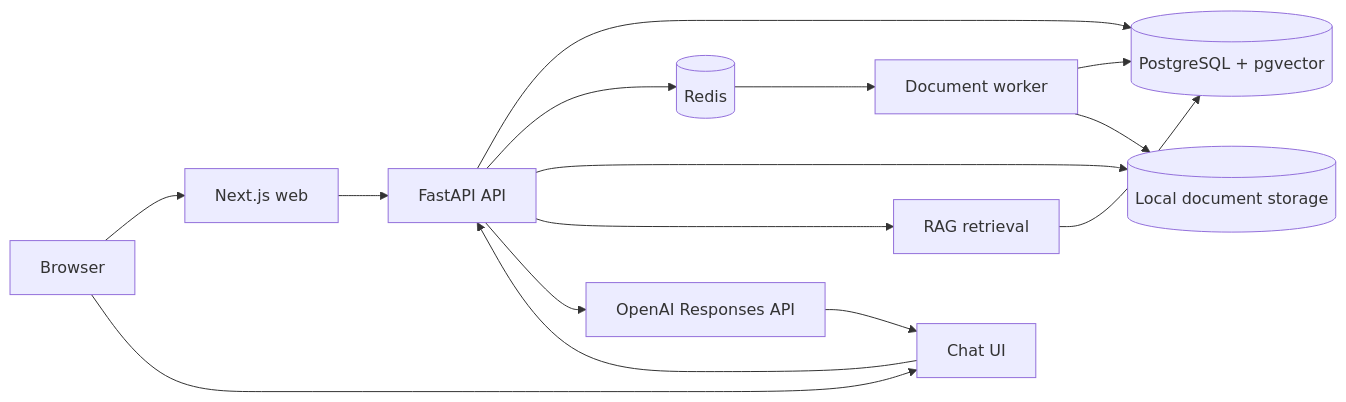
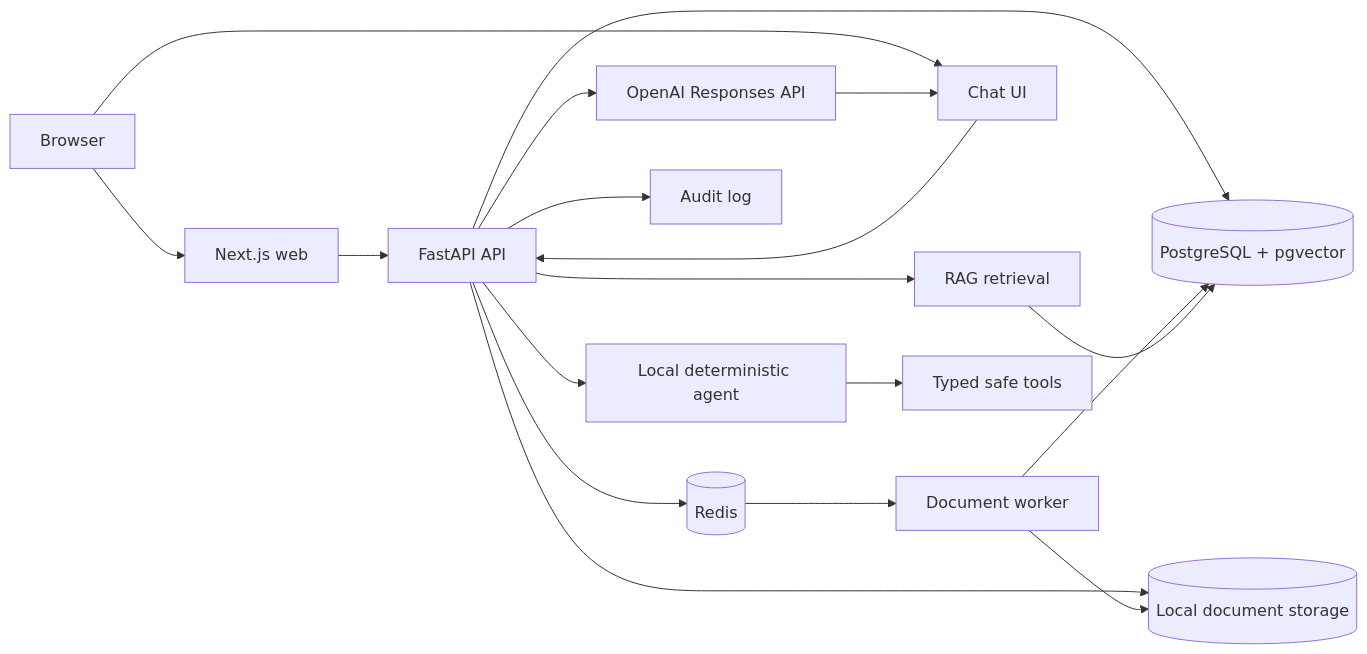
One commit to SantoshThkr/ops-ai changed the diagram in docs/architecture.md. Above: the diagram before and after it, drawn with Mermaid. The commit also changed other lines of this file and 19 other files, not shown here.

````diff
--- a/docs/architecture.md
+++ b/docs/architecture.md
@@ -3,18 +3,21 @@
 ```mermaid
 flowchart LR
     Browser[Browser] --> Web[Next.js web]
     Web --> API[FastAPI API]
     API --> Postgres[(PostgreSQL + pgvector)]
     API --> Redis[(Redis)]
     API --> Storage[(Local document storage)]
     Redis --> Worker[Document worker]
     Worker --> Postgres
     Worker --> Storage
 
     Browser --> Chat[Chat UI]
     Chat --> API
     API --> Retrieval[RAG retrieval]
     Retrieval --> Postgres
     API --> LLM[OpenAI Responses API]
     LLM --> Chat
+    API --> Agent[Local deterministic agent]
+    Agent --> Tools[Typed safe tools]
+    API --> Audit[Audit log]
 ```
````
